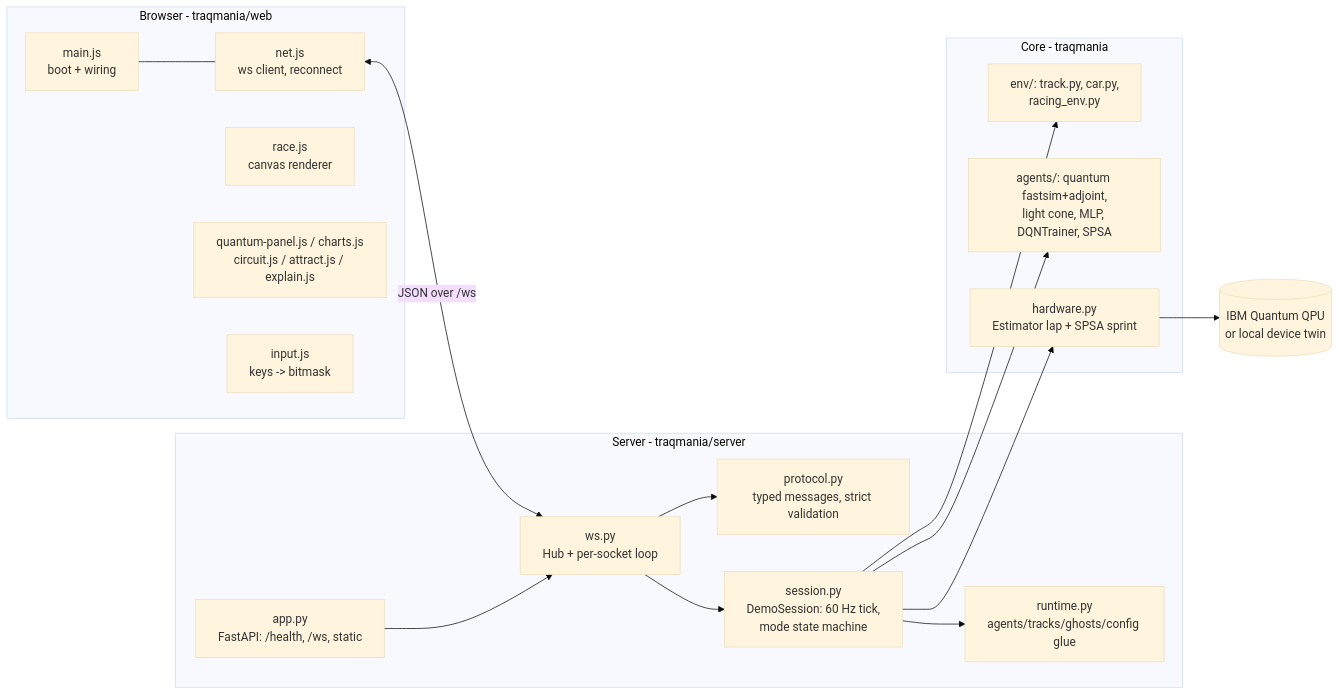
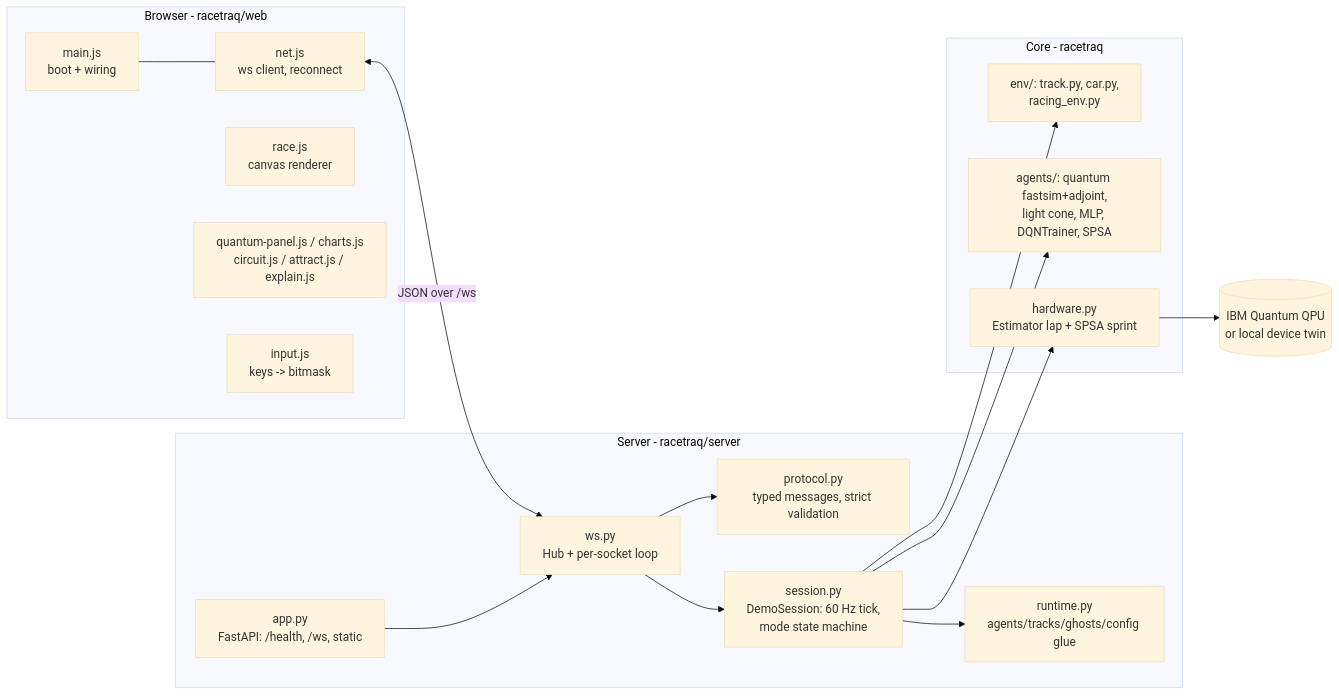
Before and after one commit to JanLahmann/racetraQ: the diagram in docs/ARCHITECTURE.md, drawn with Mermaid (base theme). The commit also changed other lines of this file and 285 other files, not shown here.

````diff
--- a/docs/ARCHITECTURE.md
+++ b/docs/ARCHITECTURE.md
@@ -9,37 +9,37 @@
 ```mermaid
 flowchart LR
-    subgraph browser [Browser - traqmania/web]
+    subgraph browser [Browser - racetraq/web]
         main[main.js\nboot + wiring]
         net[net.js\nws client, reconnect]
         race[race.js\ncanvas renderer]
         panels[quantum-panel.js / charts.js\ncircuit.js / attract.js / explain.js]
         input[input.js\nkeys -> bitmask]
     end
 
-    subgraph server [Server - traqmania/server]
+    subgraph server [Server - racetraq/server]
         app[app.py\nFastAPI: /health, /ws, static]
         ws[ws.py\nHub + per-socket loop]
         proto[protocol.py\ntyped messages, strict validation]
         session[session.py\nDemoSession: 60 Hz tick,\nmode state machine]
         runtime[runtime.py\nagents/tracks/ghosts/config glue]
     end
 
-    subgraph core [Core - traqmania]
+    subgraph core [Core - racetraq]
         env[env/: track.py, car.py,\nracing_env.py]
         agents[agents/: quantum fastsim+adjoint,\nlight cone, MLP, DQNTrainer, SPSA]
         hw[hardware.py\nEstimator lap + SPSA sprint]
     end
 
     ibm[(IBM Quantum QPU\nor local device twin)]
 
     main --- net
     net <-->|JSON over /ws| ws
     ws --> proto
     ws --> session
     session --> runtime
     session --> env
     session --> agents
     session --> hw
     hw --> ibm
     app --> ws
 ```
````
